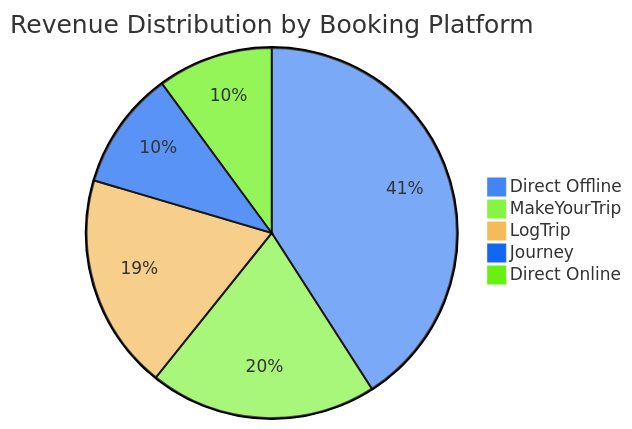
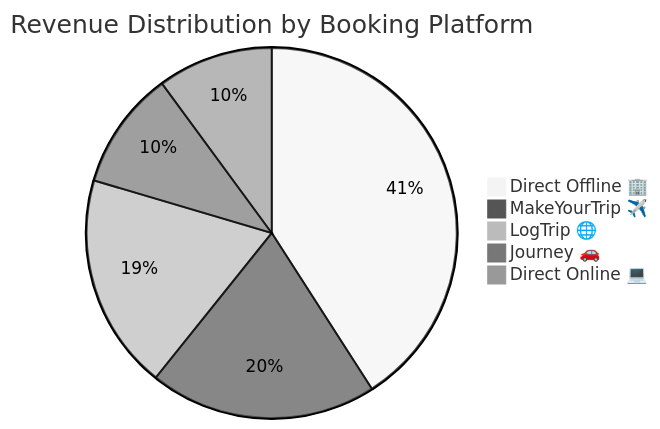
The sixth of 8 diagrams in README.md (drvsaxena/Hospitality-Insights-Dashboard), drawn with Mermaid before and after one commit. The commit also changed other lines of this file, not shown here.

````diff
--- a/README.md
+++ b/README.md
@@ -218,9 +232,9 @@
 ```mermaid
-%%{init: {'theme':'base', 'themeVariables': { 'primaryColor':'#4285F4'}}}%%
+%%{init: {'theme':'neutral'}}%%
 pie title Revenue Distribution by Booking Platform
-    "Direct Offline" : 40.91
-    "MakeYourTrip" : 19.85
-    "LogTrip" : 18.82
-    "Journey" : 10.34
-    "Direct Online" : 10.08
+    "Direct Offline 🏢" : 40.91
+    "MakeYourTrip ✈️" : 19.85
+    "LogTrip 🌐" : 18.82
+    "Journey 🚗" : 10.34
+    "Direct Online 💻" : 10.08
 ```
````
